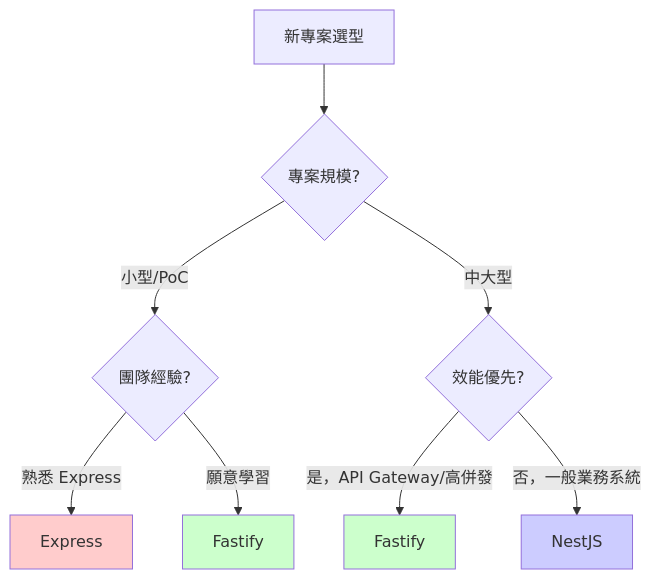
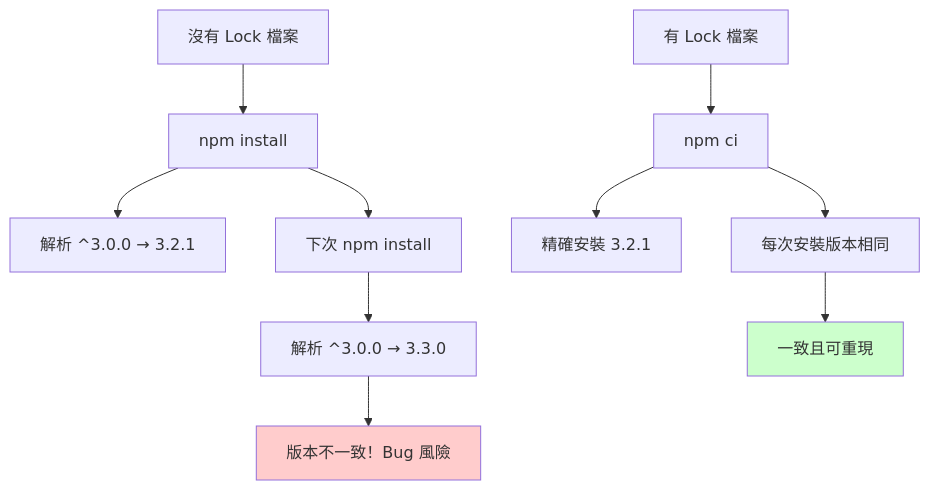
The eighth of 30 diagrams in content/posts/教學/framework/Node.js生態系教學手冊.md (chihhung/Blog), drawn with Mermaid before and after one commit. The commit also changed other lines of this file, not shown here.

````diff
--- a/content/posts/教學/framework/Node.js生態系教學手冊.md
+++ b/content/posts/教學/framework/Node.js生態系教學手冊.md
@@ -1067,18 +944,16 @@
 ```mermaid
-flowchart TD
-    A[新專案選型] --> B{專案規模?}
+graph TD
+    A[沒有 Lock 檔案] --> B[npm install]
+    B --> C[解析 ^3.0.0 → 3.2.1]
+    B --> D[下次 npm install]
+    D --> E[解析 ^3.0.0 → 3.3.0]
+    E --> F[版本不一致！Bug 風險]
     
-    B -->|小型/PoC| C{團隊經驗?}
-    B -->|中大型| D{效能優先?}
+    G[有 Lock 檔案] --> H[npm ci]
+    H --> I[精確安裝 3.2.1]
+    H --> J[每次安裝版本相同]
+    J --> K[一致且可重現]
     
-    C -->|熟悉 Express| E[Express]
-    C -->|願意學習| F[Fastify]
-    
-    D -->|是，API Gateway/高併發| G[Fastify]
-    D -->|否，一般業務系統| H[NestJS]
-    
-    style E fill:#ffcccc
-    style F fill:#ccffcc
-    style G fill:#ccffcc
-    style H fill:#ccccff
+    style F fill:#ffcccc
+    style K fill:#ccffcc
 ```
````
